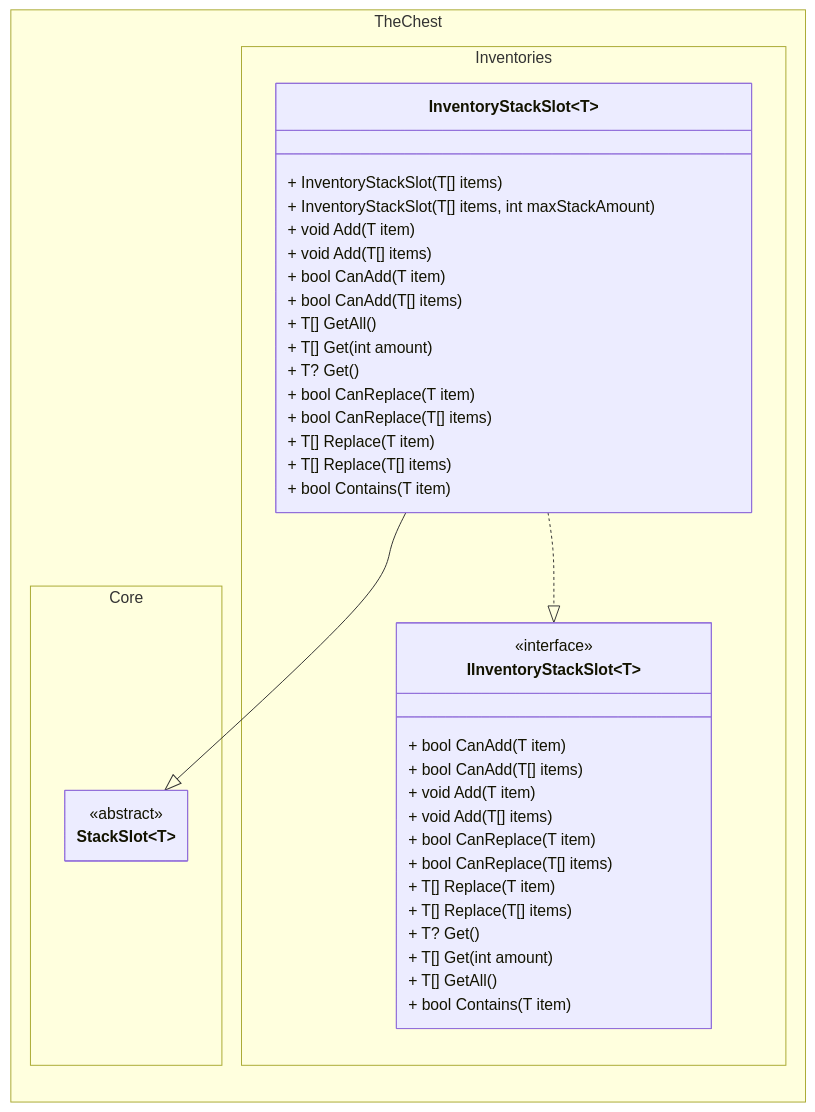
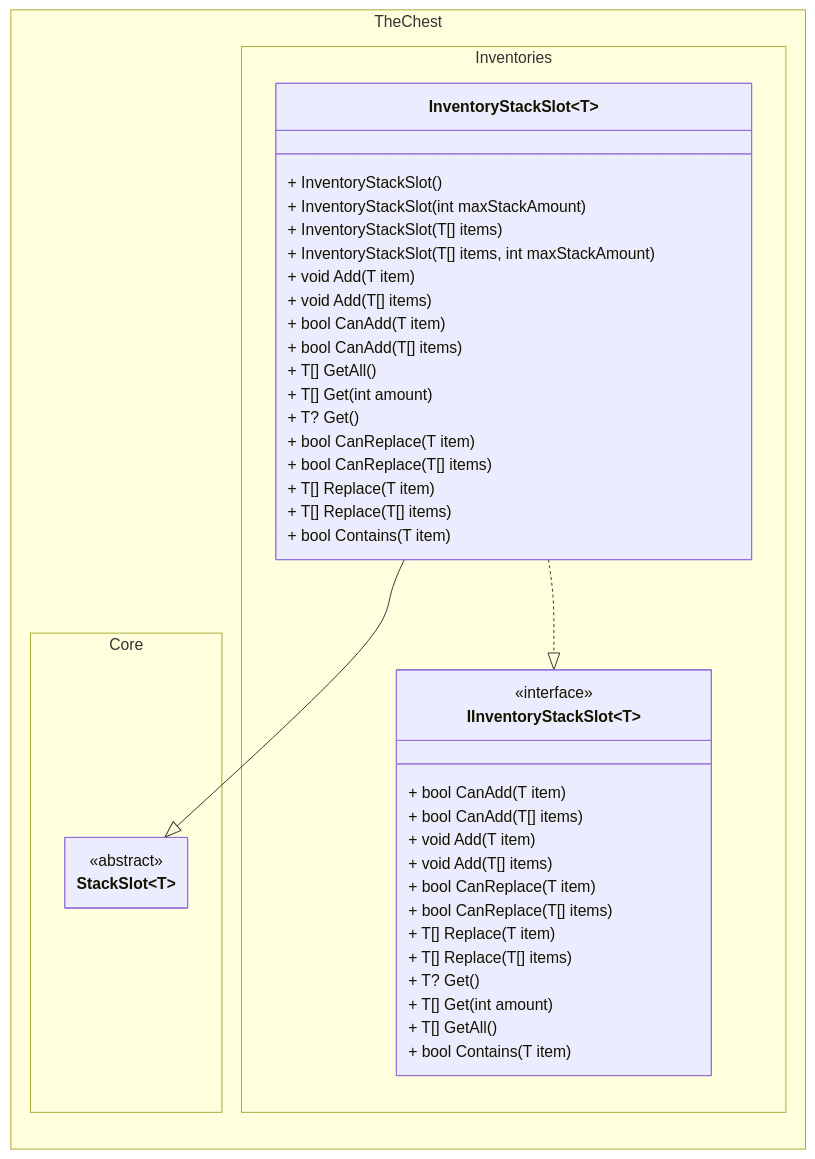
One commit to The-Chest/TheChest.Inventories changed the second of 2 diagrams in docs/stack_inventory/class_diagram.md. Above: the diagram before and after it, drawn with Mermaid. The commit also changed 1 other file, not shown here.

Commit message:
Updates class_diagrams.md with new slot constructors

````diff
--- a/docs/stack_inventory/class_diagram.md
+++ b/docs/stack_inventory/class_diagram.md
@@ -122,63 +122,65 @@
 ```mermaid
 ---
 config:
   theme: mc
   look: classic
   class:
     hideEmptyMembersBox: true
 ---
 classDiagram
 direction BT
 
 namespace TheChest.Core {
     class StackSlot~T~ {
     }
 }
 <<abstract>> StackSlot
 
 namespace TheChest.Inventories {
     class IInventoryStackSlot~T~ {
         + bool CanAdd(T item)
         + bool CanAdd(T[] items)
         + void Add(T item)
         + void Add(T[] items)
 
         + bool CanReplace(T item)
         + bool CanReplace(T[] items)
 
         + T[] Replace(T item)
         + T[] Replace(T[] items)
 
         + T? Get()
         + T[] Get(int amount)
         + T[] GetAll()
 
         + bool Contains(T item)
     }
 
     class InventoryStackSlot~T~ {
+        + InventoryStackSlot()
+        + InventoryStackSlot(int maxStackAmount)
         + InventoryStackSlot(T[] items)
         + InventoryStackSlot(T[] items, int maxStackAmount)
         
         + void Add(T item)
         + void Add(T[] items)
         + bool CanAdd(T item)
         + bool CanAdd(T[] items)
         
         + T[] GetAll()
         + T[] Get(int amount)
         + T? Get()
         
         + bool CanReplace(T item)
         + bool CanReplace(T[] items)
         + T[] Replace(T item)
         + T[] Replace(T[] items)
         
         + bool Contains(T item)
     }
 }
 
 <<interface>> IInventoryStackSlot
 InventoryStackSlot~T~ --|>  StackSlot~T~
 InventoryStackSlot~T~ ..|> IInventoryStackSlot~T~ 
 ```
````
